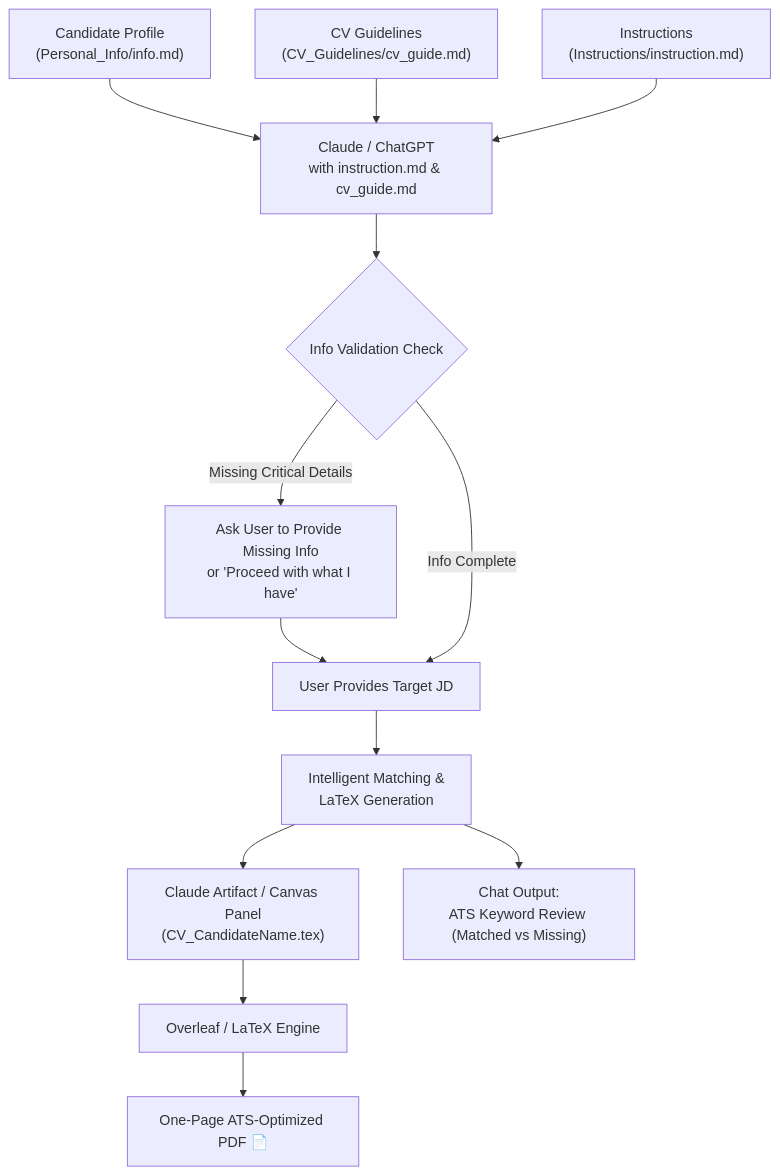
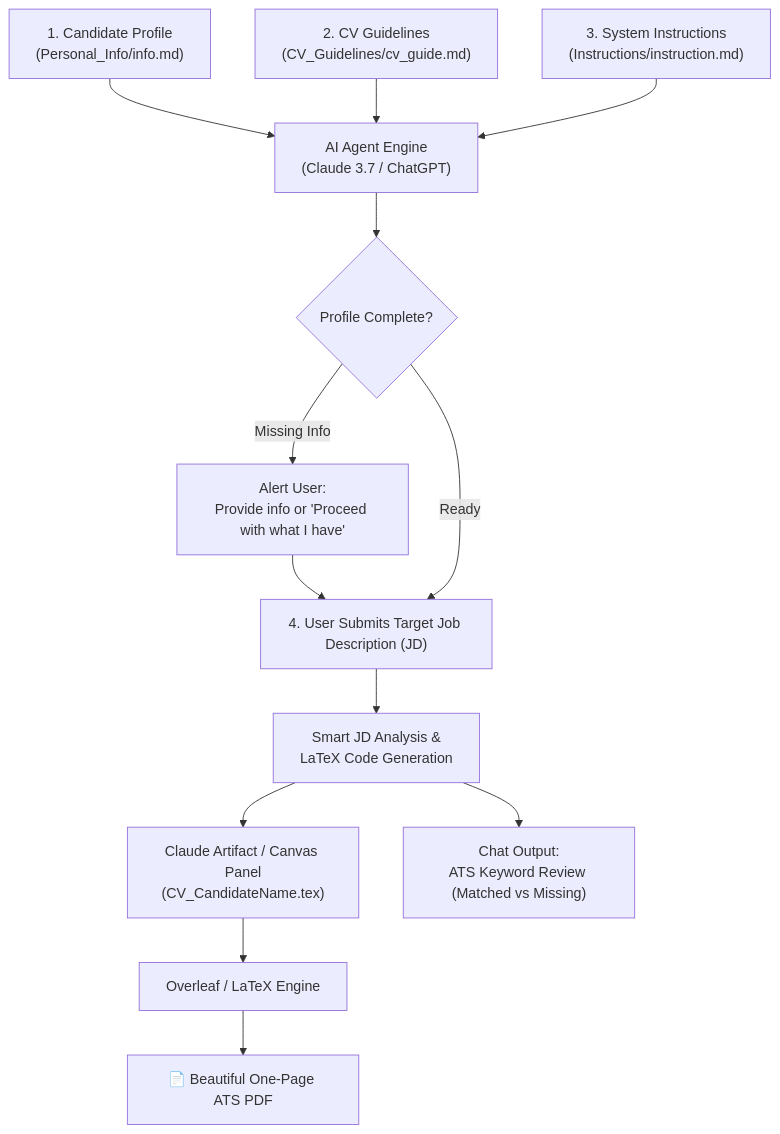
One commit to sachilz/ATS-CV-Generator-Framework changed the diagram in README.md. Above: the diagram before and after it, drawn with Mermaid. The commit also changed other lines of this file and 1 other file, not shown here.

Commit message:
docs: revamp README with complete architecture, user guide, and MIT license

````diff
--- a/README.md
+++ b/README.md
@@ -50,18 +82,18 @@
 ```mermaid
 flowchart TD
-    A["Candidate Profile\n(Personal_Info/info.md)"] --> D["Claude / ChatGPT\nwith instruction.md & cv_guide.md"]
-    B["CV Guidelines\n(CV_Guidelines/cv_guide.md)"] --> D
-    C["Instructions\n(Instructions/instruction.md)"] --> D
+    A["1. Candidate Profile\n(Personal_Info/info.md)"] --> D["AI Agent Engine\n(Claude 3.7 / ChatGPT)"]
+    B["2. CV Guidelines\n(CV_Guidelines/cv_guide.md)"] --> D
+    C["3. System Instructions\n(Instructions/instruction.md)"] --> D
     
-    D --> E{"Info Validation Check"}
-    E -- Missing Critical Details --> F["Ask User to Provide Missing Info\nor 'Proceed with what I have'"]
-    F --> G["User Provides Target JD"]
-    E -- Info Complete --> G
+    D --> E{"Profile Complete?"}
+    E -- Missing Info --> F["Alert User:\nProvide info or 'Proceed with what I have'"]
+    F --> G["4. User Submits Target Job Description (JD)"]
+    E -- Ready --> G
     
-    G --> H["Intelligent Matching &\nLaTeX Generation"]
+    G --> H["Smart JD Analysis &\nLaTeX Code Generation"]
     H --> I["Claude Artifact / Canvas Panel\n(CV_CandidateName.tex)"]
     H --> J["Chat Output:\nATS Keyword Review (Matched vs Missing)"]
     
     I --> K["Overleaf / LaTeX Engine"]
-    K --> L["One-Page ATS-Optimized PDF 📄"]
+    K --> L["📄 Beautiful One-Page ATS PDF"]
 ```
````
